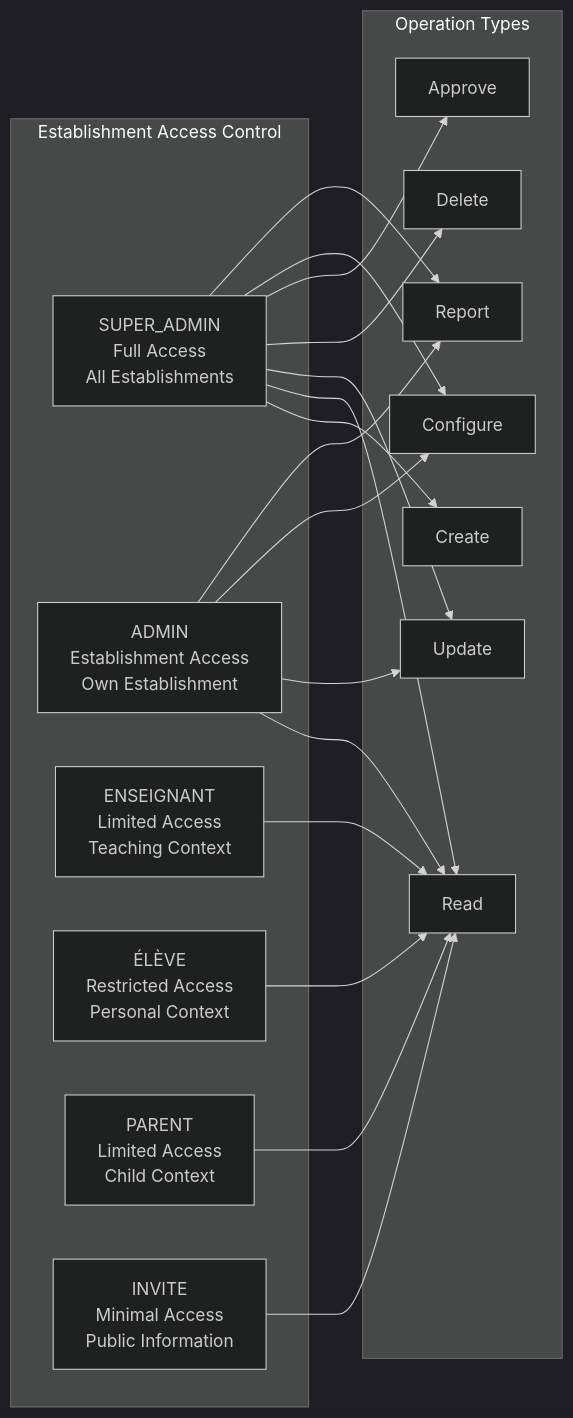
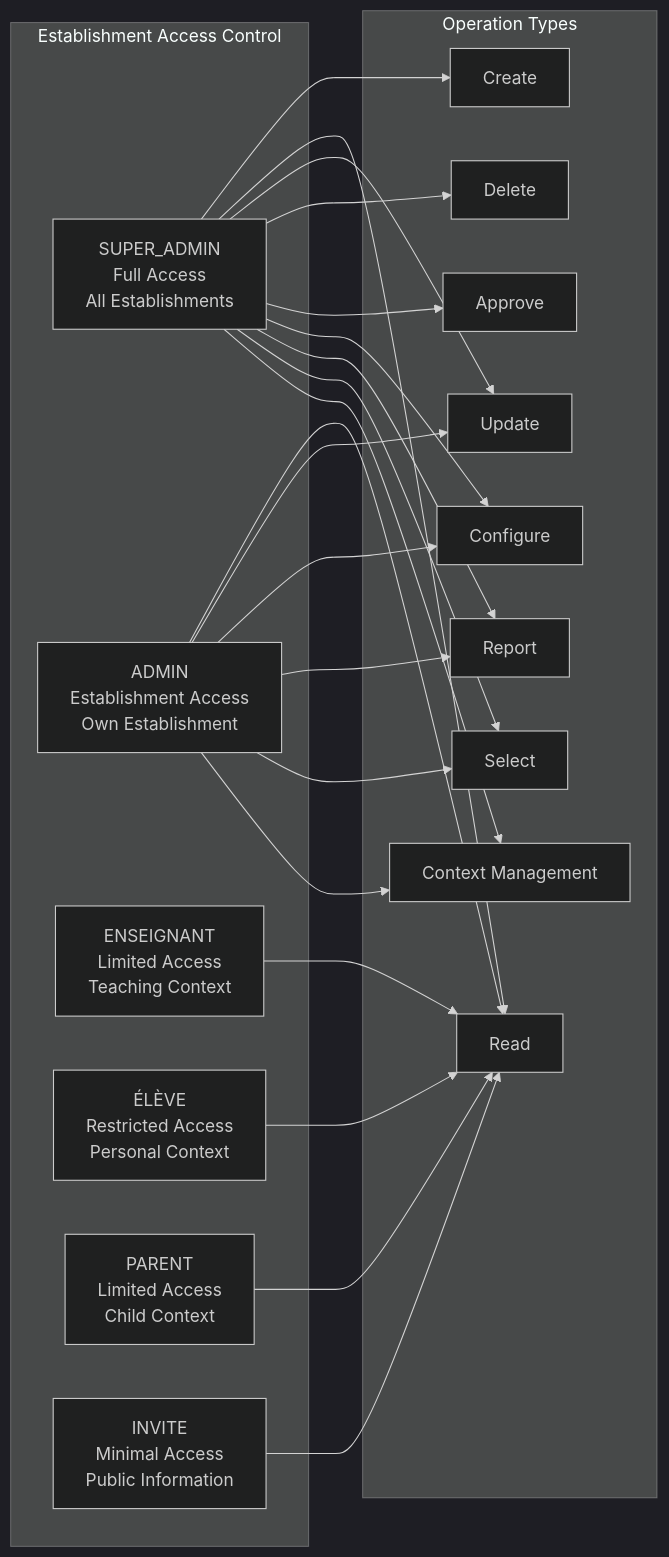
One commit to franckylab/eLISAschool changed the tenth of 12 diagrams in .qoder/repowiki/en/content/Modules & Features/Administrative Modules/Establishment Management.md. Above: the diagram before and after it, drawn with Mermaid (dark theme). The commit also changed other lines of this file and 281 other files, not shown here.

````diff
--- a/.qoder/repowiki/en/content/Modules & Features/Administrative Modules/Establishment Management.md
+++ b/.qoder/repowiki/en/content/Modules & Features/Administrative Modules/Establishment Management.md
@@ -861,35 +1028,41 @@
 ```mermaid
 graph LR
 subgraph "Establishment Access Control"
 SuperAdmin["SUPER_ADMIN<br/>Full Access<br/>All Establishments"]
 Admin["ADMIN<br/>Establishment Access<br/>Own Establishment"]
 Teacher["ENSEIGNANT<br/>Limited Access<br/>Teaching Context"]
 Student["ÉLÈVE<br/>Restricted Access<br/>Personal Context"]
 Parent["PARENT<br/>Limited Access<br/>Child Context"]
 Guest["INVITE<br/>Minimal Access<br/>Public Information"]
 end
 subgraph "Operation Types"
 Create["Create"]
 Read["Read"]
 Update["Update"]
 Delete["Delete"]
 Approve["Approve"]
 Configure["Configure"]
 Report["Report"]
+Select["Select"]
+Context["Context Management"]
 end
 SuperAdmin --> Create
 SuperAdmin --> Read
 SuperAdmin --> Update
 SuperAdmin --> Delete
 SuperAdmin --> Approve
 SuperAdmin --> Configure
 SuperAdmin --> Report
+SuperAdmin --> Select
+SuperAdmin --> Context
 Admin --> Read
 Admin --> Update
 Admin --> Configure
 Admin --> Report
+Admin --> Select
+Admin --> Context
 Teacher --> Read
 Student --> Read
 Parent --> Read
 Guest --> Read
 ```
````
